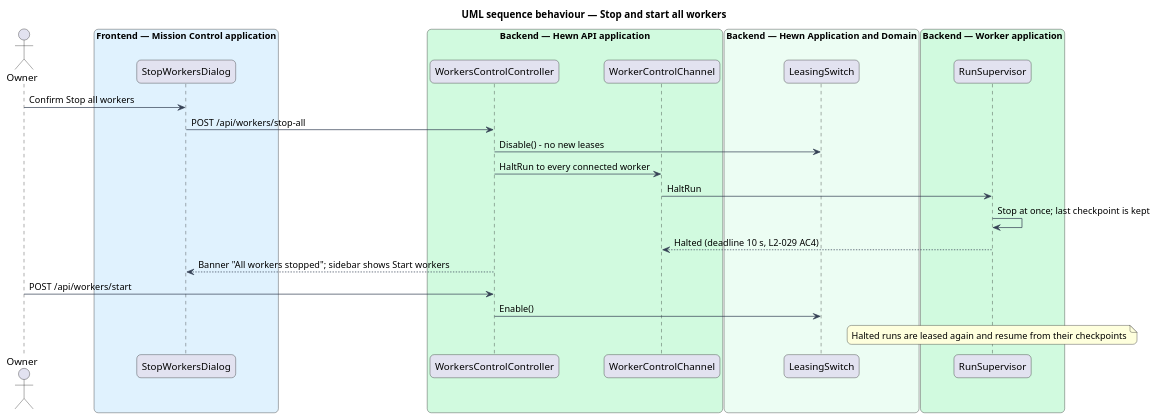
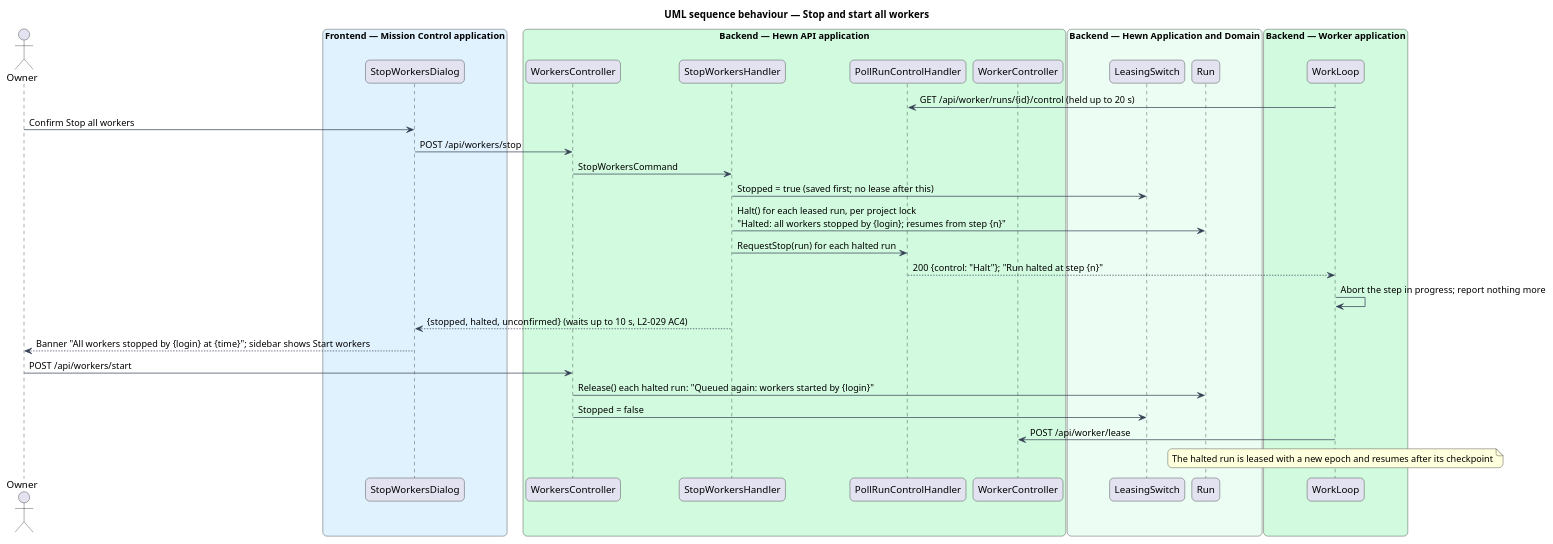
Before and after one commit to QuinntyneBrown/hewn: the diagram in docs/detailed-designs/pipeline/pause-resume-cancel-stop/diagrams/sequence-stop-all.puml, drawn with PlantUML. The commit also changed 62 other files, not shown here.

First line of the commit message:
Stop and restart all workers (journey 8, L2-029) (#16)

```diff
--- a/docs/detailed-designs/pipeline/pause-resume-cancel-stop/diagrams/sequence-stop-all.puml
+++ b/docs/detailed-designs/pipeline/pause-resume-cancel-stop/diagrams/sequence-stop-all.puml
@@ -1,43 +1,51 @@
 @startuml
 title UML sequence behaviour — Stop and start all workers
 skinparam backgroundColor #FFFFFF
 skinparam shadowing false
 skinparam roundcorner 12
 skinparam defaultFontName Arial
 skinparam ArrowColor #344054
 skinparam rectangle {
   BorderColor #344054
   FontColor #101828
 }
 skinparam package {
   BorderColor #667085
   FontColor #101828
   BackgroundColor #F9FAFB
 }
 skinparam sequenceMessageAlign left
 actor "Owner" as owner
 box "Frontend — Mission Control application" #E0F2FE
   participant "StopWorkersDialog" as dlg
 end box
 box "Backend — Hewn API application" #D1FADF
-  participant "WorkersControlController" as wc
-  participant "WorkerControlChannel" as chan
+  participant "WorkersController" as wc
+  participant "StopWorkersHandler" as stop
+  participant "PollRunControlHandler" as poll
+  participant "WorkerController" as wk
 end box
 box "Backend — Hewn Application and Domain" #ECFDF3
   participant "LeasingSwitch" as switch
+  participant "Run" as run
 end box
 box "Backend — Worker application" #D1FADF
-  participant "RunSupervisor" as sup
+  participant "WorkLoop" as loop
 end box
+loop -> poll : GET /api/worker/runs/{id}/control (held up to 20 s)
 owner -> dlg : Confirm Stop all workers
-dlg -> wc : POST /api/workers/stop-all
-wc -> switch : Disable() - no new leases
-wc -> chan : HaltRun to every connected worker
-chan -> sup : HaltRun
-sup -> sup : Stop at once; last checkpoint is kept
-sup --> chan : Halted (deadline 10 s, L2-029 AC4)
-wc --> dlg : Banner "All workers stopped"; sidebar shows Start workers
+dlg -> wc : POST /api/workers/stop
+wc -> stop : StopWorkersCommand
+stop -> switch : Stopped = true (saved first; no lease after this)
+stop -> run : Halt() for each leased run, per project lock\n"Halted: all workers stopped by {login}; resumes from step {n}"
+stop -> poll : RequestStop(run) for each halted run
+poll --> loop : 200 {control: "Halt"}; "Run halted at step {n}"
+loop -> loop : Abort the step in progress; report nothing more
+stop --> dlg : {stopped, halted, unconfirmed} (waits up to 10 s, L2-029 AC4)
+dlg --> owner : Banner "All workers stopped by {login} at {time}"; sidebar shows Start workers
 owner -> wc : POST /api/workers/start
-wc -> switch : Enable()
-note over sup : Halted runs are leased again and resume from their checkpoints
+wc -> run : Release() each halted run: "Queued again: workers started by {login}"
+wc -> switch : Stopped = false
+loop -> wk : POST /api/worker/lease
+note over loop : The halted run is leased with a new epoch and resumes after its checkpoint
 @enduml
```
